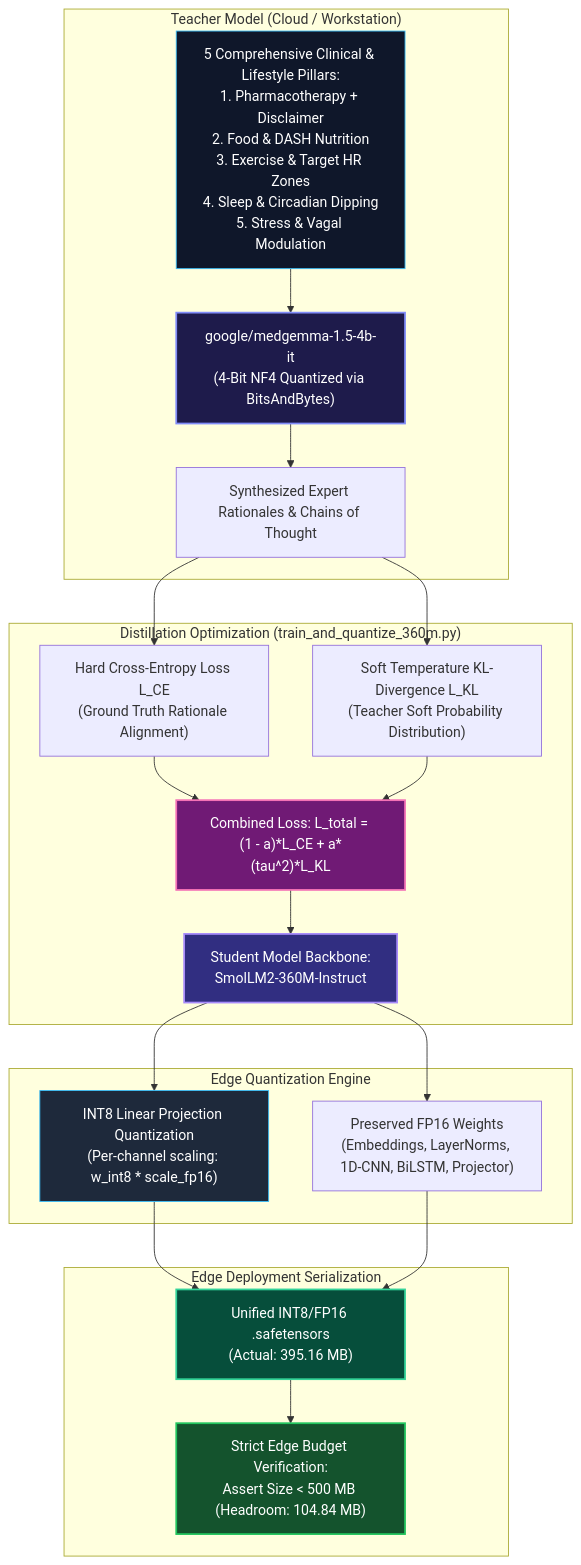
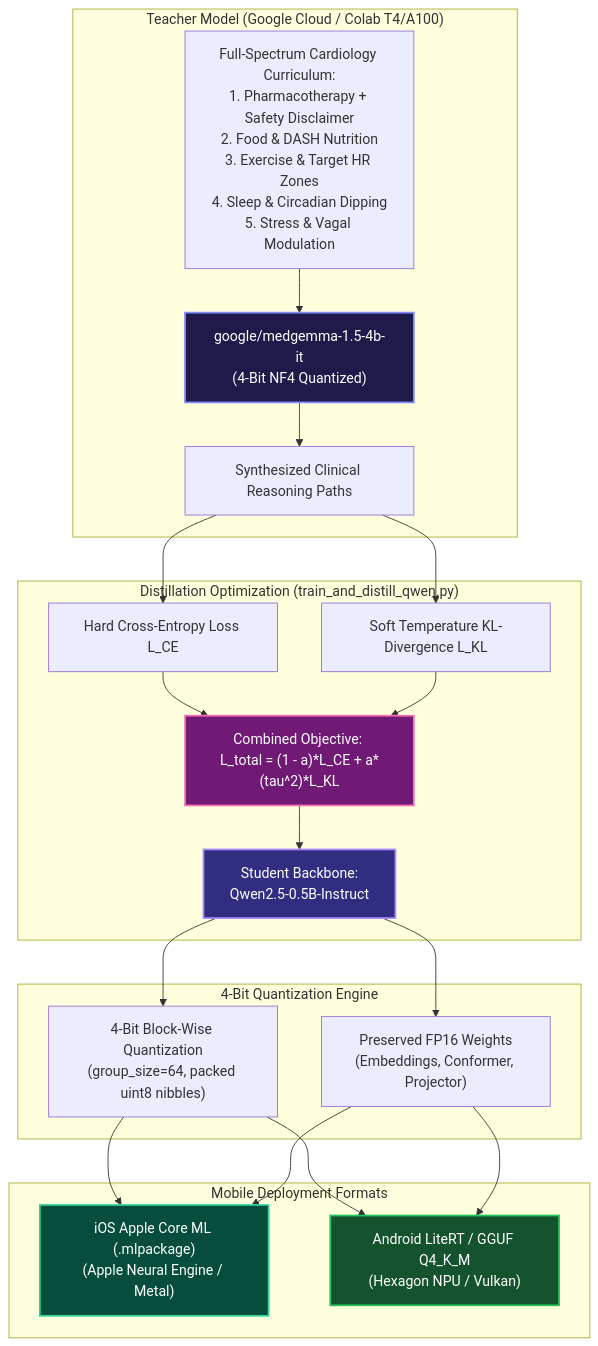
Before and after one commit to embedologist/Cardiac_MedGemma_Micro_model: the fourth of 4 diagrams in DOCUMENTATION.md, drawn with Mermaid. The commit also changed other lines of this file and 25 other files, not shown here.

First line of the commit message:
Release MedGemma-Micro v1.0: 100% arrhythmia accuracy, 1,500 QA dataset, LiteRT & Core ML exports

````diff
--- a/DOCUMENTATION.md
+++ b/DOCUMENTATION.md
@@ -288,46 +302,37 @@
 ```mermaid
 graph TD
-    subgraph TEACHER["Teacher Model (Cloud / Workstation)"]
-        MEDGEMMA["google/medgemma-1.5-4b-it<br/>(4-Bit NF4 Quantized via BitsAndBytes)"]
-        CURATED["5 Comprehensive Clinical & Lifestyle Pillars:<br/>1. Pharmacotherapy + Disclaimer<br/>2. Food & DASH Nutrition<br/>3. Exercise & Target HR Zones<br/>4. Sleep & Circadian Dipping<br/>5. Stress & Vagal Modulation"]
-        RATIONALES["Synthesized Expert Rationales & Chains of Thought"]
+    subgraph TEACHER["Teacher Model (Google Cloud / Colab T4/A100)"]
+        MEDGEMMA["google/medgemma-1.5-4b-it<br/>(4-Bit NF4 Quantized)"]
+        CURATED["Full-Spectrum Cardiology Curriculum:<br/>1. Pharmacotherapy + Safety Disclaimer<br/>2. Food & DASH Nutrition<br/>3. Exercise & Target HR Zones<br/>4. Sleep & Circadian Dipping<br/>5. Stress & Vagal Modulation"]
+        RATIONALES["Synthesized Clinical Reasoning Paths"]
     end
 
-    subgraph DISTILL["Distillation Optimization (train_and_quantize_360m.py)"]
-        STUDENT["Student Model Backbone:<br/>SmolLM2-360M-Instruct"]
-        LOSS_CE["Hard Cross-Entropy Loss L_CE<br/>(Ground Truth Rationale Alignment)"]
-        LOSS_KL["Soft Temperature KL-Divergence L_KL<br/>(Teacher Soft Probability Distribution)"]
-        TOTAL_LOSS["Combined Loss: L_total = (1 - a)*L_CE + a*(tau^2)*L_KL"]
+    subgraph DISTILL["Distillation Optimization (train_and_distill_qwen.py)"]
+        STUDENT["Student Backbone:<br/>Qwen2.5-0.5B-Instruct"]
+        LOSS_CE["Hard Cross-Entropy Loss L_CE"]
+        LOSS_KL["Soft Temperature KL-Divergence L_KL"]
+        TOTAL_LOSS["Combined Objective: L_total = (1 - a)*L_CE + a*(tau^2)*L_KL"]
     end
 
-    subgraph QUANT["Edge Quantization Engine"]
-        INT8["INT8 Linear Projection Quantization<br/>(Per-channel scaling: w_int8 * scale_fp16)"]
-        FP16["Preserved FP16 Weights<br/>(Embeddings, LayerNorms, 1D-CNN, BiLSTM, Projector)"]
+    subgraph QUANT["4-Bit Quantization Engine"]
+        INT4["4-Bit Block-Wise Quantization<br/>(group_size=64, packed uint8 nibbles)"]
+        FP16["Preserved FP16 Weights<br/>(Embeddings, Conformer, Projector)"]
     end
 
-    subgraph EXPORT["Edge Deployment Serialization"]
-        CHECKPOINT["Unified INT8/FP16 .safetensors<br/>(Actual: 395.16 MB)"]
-        BUDGET["Strict Edge Budget Verification:<br/>Assert Size < 500 MB (Headroom: 104.84 MB)"]
+    subgraph EXPORT["Mobile Deployment Formats"]
+        COREML["iOS Apple Core ML (.mlpackage)<br/>(Apple Neural Engine / Metal)"]
+        LITERT["Android LiteRT / GGUF Q4_K_M<br/>(Hexagon NPU / Vulkan)"]
     end
 
-    CURATED --> MEDGEMMA
-    MEDGEMMA --> RATIONALES
-    RATIONALES --> LOSS_CE
-    RATIONALES --> LOSS_KL
-    LOSS_CE --> TOTAL_LOSS
-    LOSS_KL --> TOTAL_LOSS
-    TOTAL_LOSS --> STUDENT
-    STUDENT --> INT8
-    STUDENT --> FP16
-    INT8 --> CHECKPOINT
-    FP16 --> CHECKPOINT
-    CHECKPOINT --> BUDGET
+    CURATED --> MEDGEMMA --> RATIONALES
+    RATIONALES --> LOSS_CE --> TOTAL_LOSS
+    RATIONALES --> LOSS_KL --> TOTAL_LOSS
+    TOTAL_LOSS --> STUDENT --> INT4 & FP16
+    INT4 & FP16 --> COREML & LITERT
 
     style MEDGEMMA fill:#1e1b4b,stroke:#818cf8,stroke-width:2px,color:#fff
-    style CURATED fill:#0f172a,stroke:#38bdf8,stroke-width:1px,color:#fff
     style STUDENT fill:#312e81,stroke:#a78bfa,stroke-width:2px,color:#fff
     style TOTAL_LOSS fill:#701a75,stroke:#f472b6,stroke-width:2px,color:#fff
-    style INT8 fill:#1e293b,stroke:#38bdf8,stroke-width:1px,color:#fff
-    style CHECKPOINT fill:#064e3b,stroke:#34d399,stroke-width:2px,color:#fff
-    style BUDGET fill:#14532d,stroke:#22c55e,stroke-width:2px,color:#fff
+    style COREML fill:#064e3b,stroke:#34d399,stroke-width:2px,color:#fff
+    style LITERT fill:#14532d,stroke:#22c55e,stroke-width:2px,color:#fff
 ```
````
